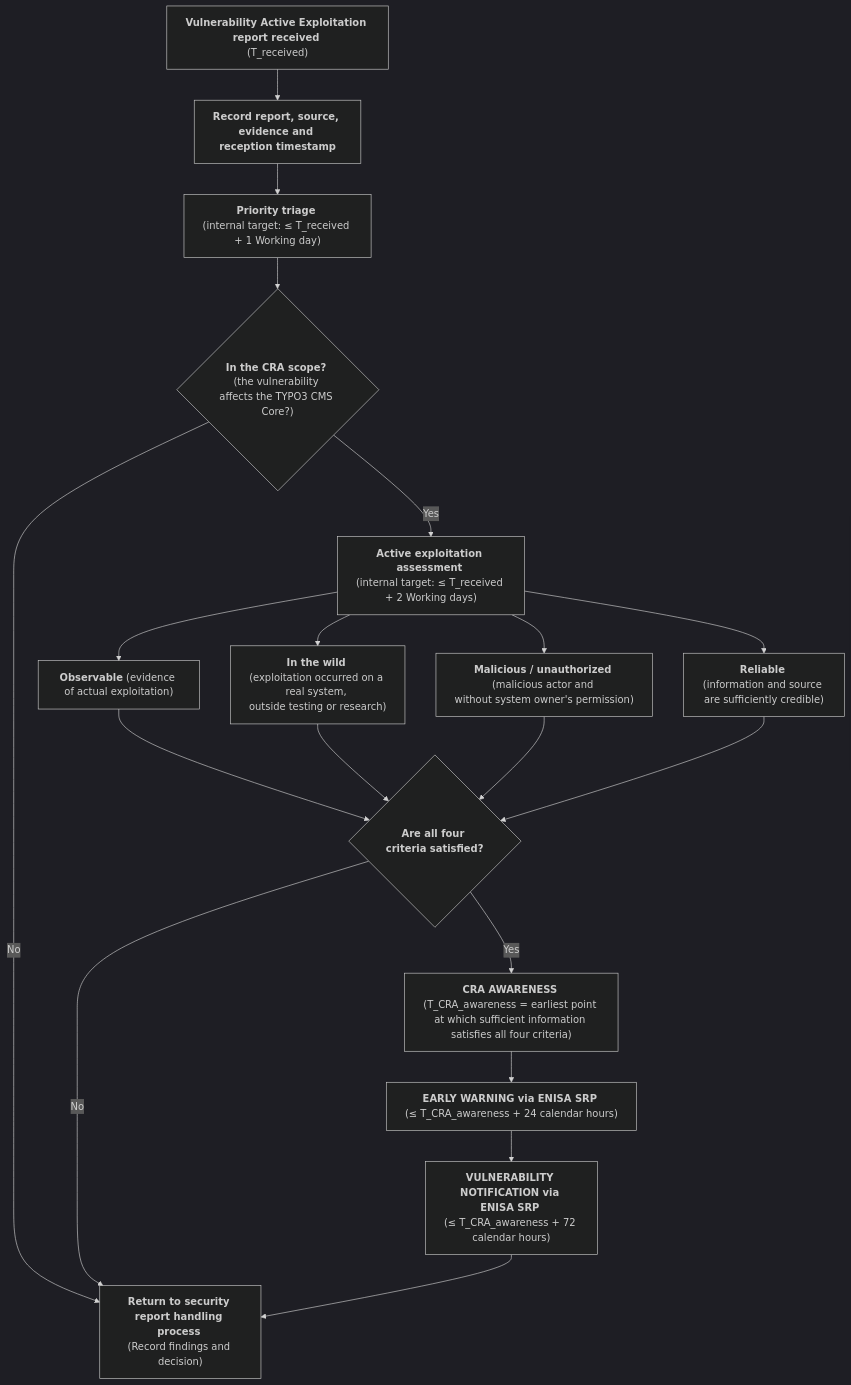
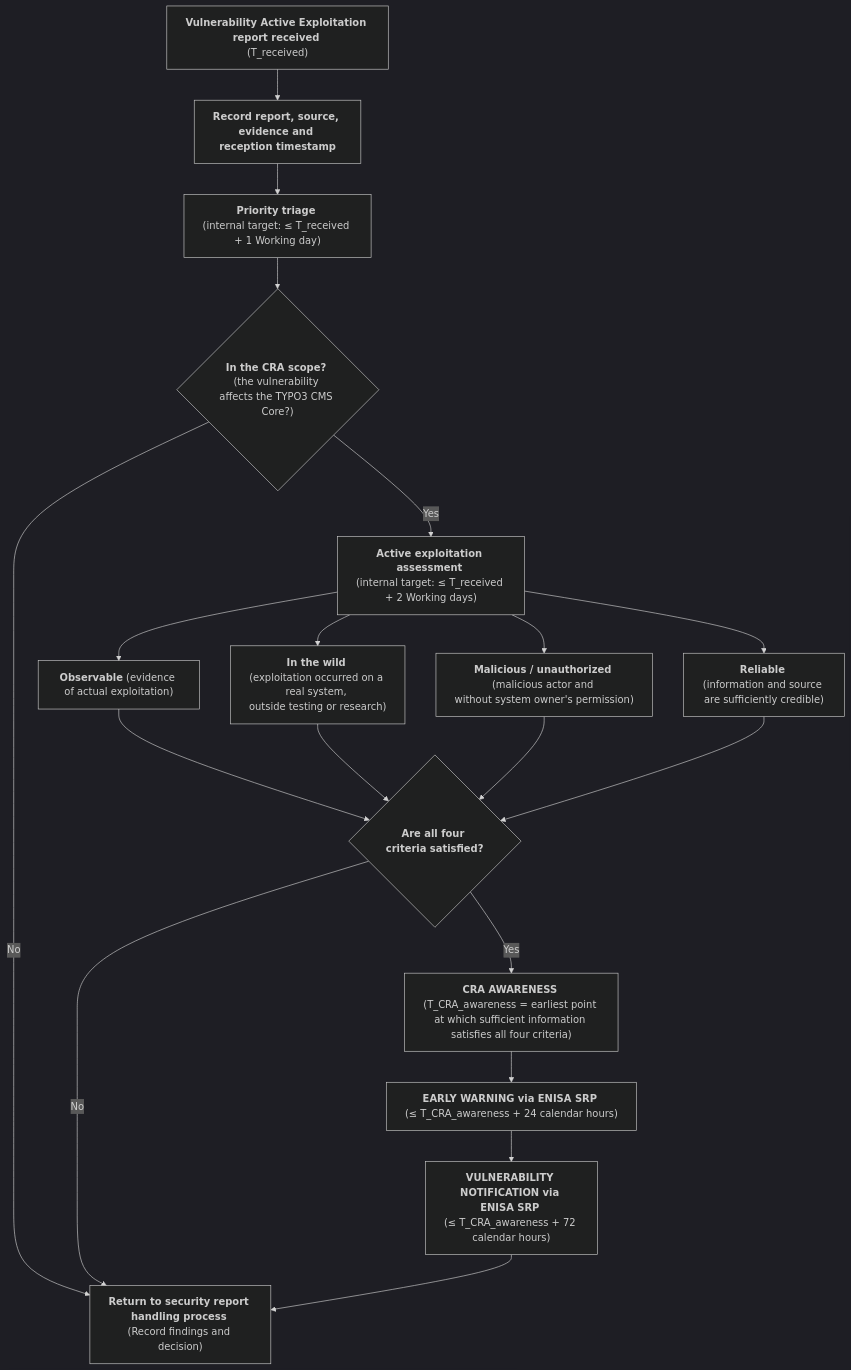
Before and after one commit to rfoucard/cra-fast-track: the diagram in templates/actively-exploited-vulnerability-process.md, drawn with Mermaid (dark theme).

````diff
--- a/templates/actively-exploited-vulnerability-process.md
+++ b/templates/actively-exploited-vulnerability-process.md
@@ -15,32 +15,32 @@
 ```mermaid
 flowchart TD
 
     A["<strong>Vulnerability&nbsp;Active&nbsp;Exploitation report received</strong> \n(T_received)"] --> B["<strong>Record&nbsp;report,&nbsp;source, evidence and reception timestamp</strong>"]
 
     B --> C["<strong>Priority triage</strong> \n(internal&nbsp;target:&nbsp;≤&nbsp;T_received + 1 Working day)"]
 
     C --> D{"<strong>In&nbsp;the&nbsp;CRA&nbsp;scope?</strong> (the vulnerability affects the TYPO3 CMS Core?)"}
 
-    D -- "No" --> X["<strong>Return to security report handling process</strong> \n(Record findings and decision)"]
+    D -- "No" --> X["<strong>Return&nbsp;to&nbsp;security&nbsp;report handling process</strong> \n(Record findings and decision)"]
 
     D -- "Yes" --> E["<strong>Active exploitation assessment</strong> \n(internal&nbsp;target:&nbsp;≤&nbsp;T_received + 2 Working days)"]
 
     E --> F["<strong>Observable</strong> (evidence of actual&nbsp;exploitation)"]
     E --> G["<strong>In the wild</strong> (exploitation&nbsp;occurred on a real system, outside&nbsp;testing&nbsp;or&nbsp;research)"]
     E --> H["<strong>Malicious / unauthorized</strong> (malicious actor and without&nbsp;system&nbsp;owner's&nbsp;permission)"]
     E --> I["<strong>Reliable</strong> (information&nbsp;and&nbsp;source are&nbsp;sufficiently&nbsp;credible)"]
 
     F --> J{"<strong>Are all four criteria&nbsp;satisfied?</strong>"}
     G --> J
     H --> J
     I --> J
 
     J -- "No" --> X
     J -- "Yes" --> L["<strong>CRA AWARENESS</strong> \n(T_CRA_awareness&nbsp;=&nbsp;earliest&nbsp;point at which sufficient information satisfies all four criteria)"]
 
     L --> M["<strong>EARLY WARNING via ENISA SRP</strong> \n(≤&nbsp;T_CRA_awareness&nbsp;+&nbsp;24&nbsp;calendar&nbsp;hours)"]
 
     M --> N["<strong>VULNERABILITY NOTIFICATION via ENISA SRP</strong> \n(≤&nbsp;T_CRA_awareness&nbsp;+&nbsp;72 calendar&nbsp;hours)"]
 
     N --> X
 ```
````
